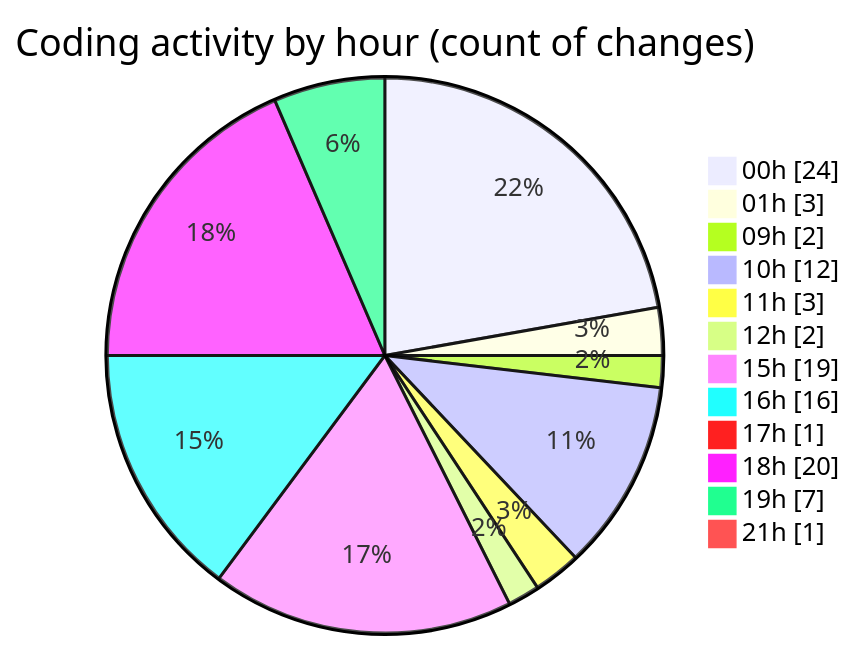
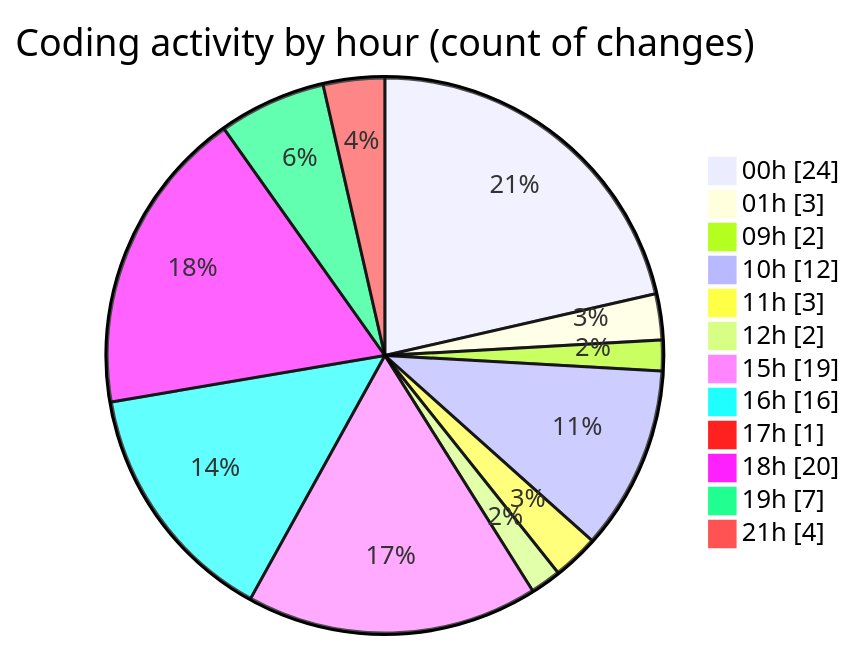
One commit to julien-gomy/code-tracking changed the second of 2 diagrams in 2025-11-24/eventscop-frontend-guide__workspace_/README.md. Above: the diagram before and after it, drawn with Mermaid. The commit also changed other lines of this file and 1 other file, not shown here.

````diff
--- a/2025-11-24/eventscop-frontend-guide__workspace_/README.md
+++ b/2025-11-24/eventscop-frontend-guide__workspace_/README.md
@@ -53,16 +55,16 @@
 ```mermaid
 pie showData
 title Coding activity by hour (count of changes)
 "00h" : 24
 "01h" : 3
 "09h" : 2
 "10h" : 12
 "11h" : 3
 "12h" : 2
 "15h" : 19
 "16h" : 16
 "17h" : 1
 "18h" : 20
 "19h" : 7
-"21h" : 1
+"21h" : 4
 ```
````
